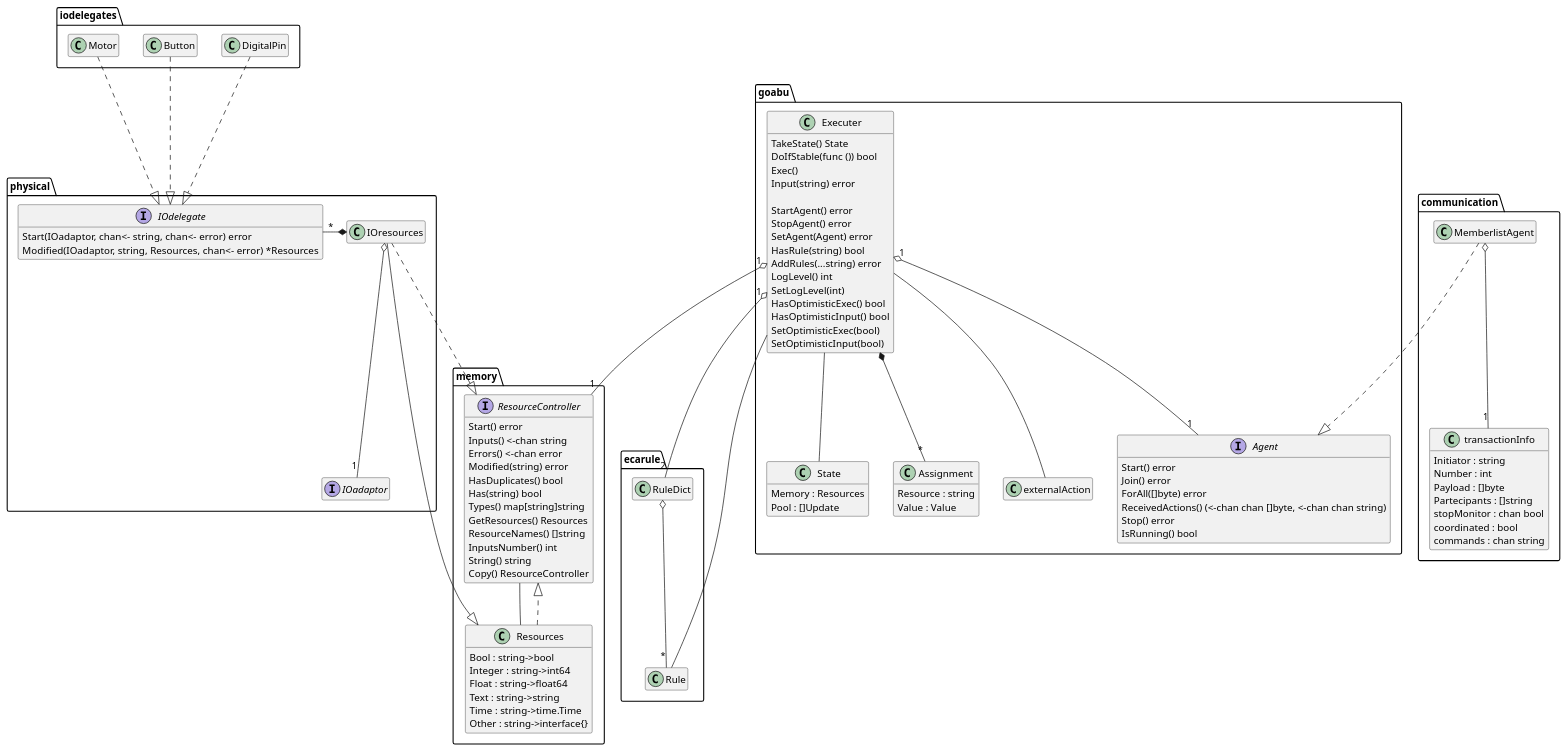
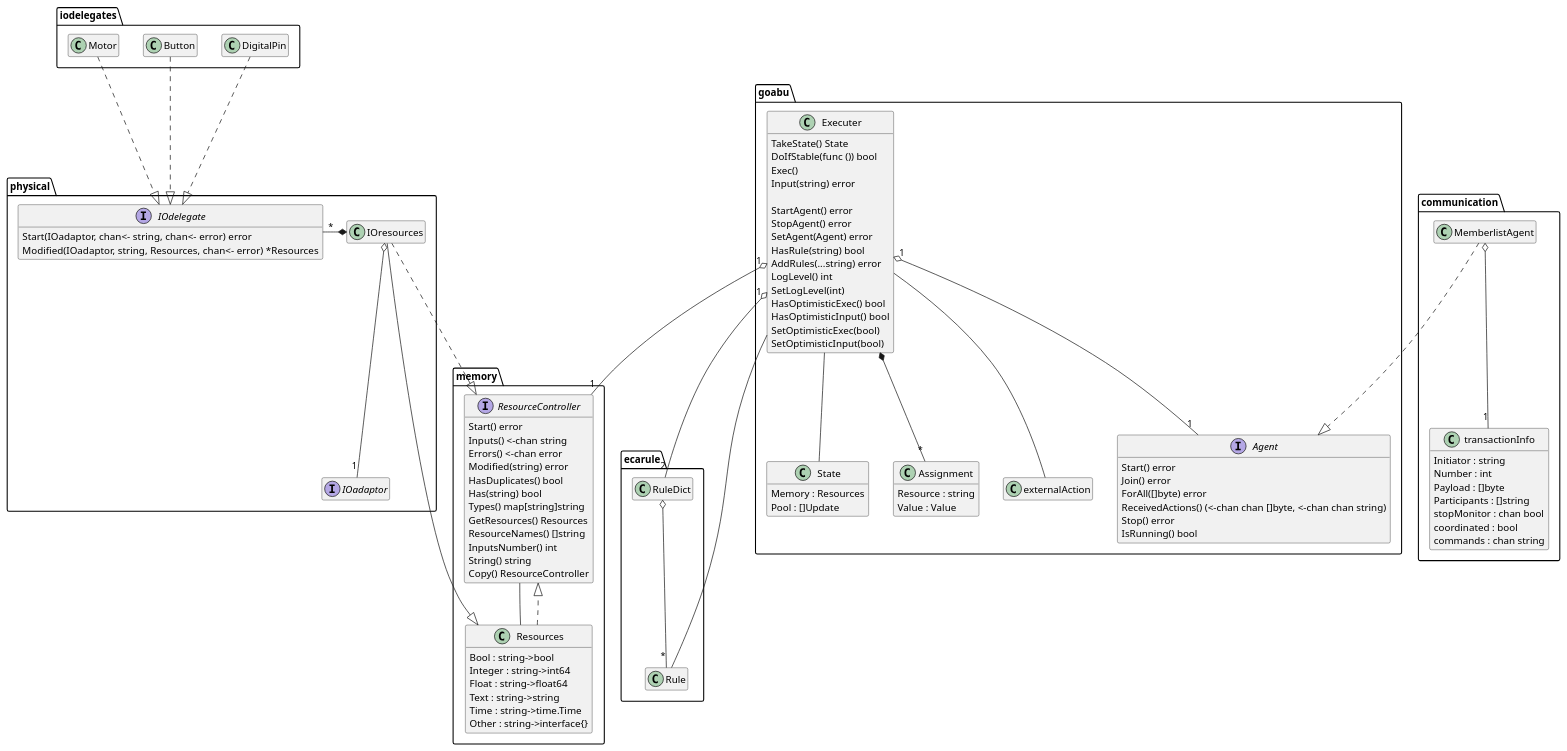
Before and after one commit to abu-lang/goabu: the diagram in docs/class_diagram.puml, drawn with PlantUML. The commit also changed 10 other files, not shown here.

```diff
--- a/docs/class_diagram.puml
+++ b/docs/class_diagram.puml
@@ -1,133 +1,133 @@
 @startuml
 hide empty members
 
 package iodelegates {
     class DigitalPin
     class Button
     class Motor
 }
 
 package physical {
     class IOresources {
         adaptor : IOadaptor
     }
     hide IOresources attributes
     interface IOadaptor
     interface IOdelegate {
         Start(IOadaptor, chan<- string, chan<- error) error
         Modified(IOadaptor, string, Resources, chan<- error) *Resources
     }
     IOresources o-- "1" IOadaptor
     IOdelegate "*" -* IOresources
 }
 
 package ecarule {
     class Rule
     class RuleDict
 }
 
 package memory {
     interface ResourceController {
         Start() error
 	    Inputs() <-chan string
         Errors() <-chan error
 	    Modified(string) error
 	    HasDuplicates() bool
 	    Has(string) bool
 	    Types() map[string]string
 	    GetResources() Resources
 	    ResourceNames() []string
 	    InputsNumber() int
 	    String() string
 	    Copy() ResourceController
     }
     class Resources {
         Bool : string->bool
 	    Integer : string->int64
 	    Float : string->float64
 	    Text : string->string
 	    Time : string->time.Time
 	    Other : string->interface{}
     }
     RuleDict o-- "*" Rule
     Resources ..|> ResourceController
     ResourceController -- Resources
 }
 
 package goabu {
     class State {
         Memory : Resources
 	    Pool : []Update
     }
     class Executer {
         memory : ResourceController
         pool : []Update
         agent : Agent
         localLibrary : string->RuleDict
         globalLibrary : string->RuleDict
 
         TakeState() State
         DoIfStable(func ()) bool
         Exec()
         Input(string) error
 
         StartAgent() error
         StopAgent() error
         SetAgent(Agent) error
         HasRule(string) bool
         AddRules(...string) error
         LogLevel() int
         SetLogLevel(int)
         HasOptimisticExec() bool
         HasOptimisticInput() bool
         SetOptimisticExec(bool)
         SetOptimisticInput(bool)
     }
     hide Executer attributes
     interface Agent {
         Start() error
 	    Join() error
 	    ForAll([]byte) error
 	    ReceivedActions() (<-chan chan []byte, <-chan chan string)
 	    Stop() error
 	    IsRunning() bool
     }
     class Assignment {
         Resource : string
         Value : Value
     }
     class externalAction
 
     Executer "1" o-- "1" Agent
     Executer *-- "*" Assignment
     Executer -- externalAction
     Executer -- State
 }
 
 package communication {
     class MemberlistAgent
     class transactionInfo {
 	    Initiator : string
 	    Number : int
 	    Payload : []byte
-	    Partecipants : []string
+	    Participants : []string
 	    stopMonitor : chan bool
 	    coordinated : bool
 	    commands : chan string
     }
     MemberlistAgent o-- "1" transactionInfo
 }
 
 DigitalPin ..|> IOdelegate
 Button ..|> IOdelegate
 Motor ..|> IOdelegate
 
 IOresources ..|> ResourceController
 IOresources --|> Resources
 
 Executer "1" o-- "1" ResourceController
 Executer "1" o-- "2" RuleDict
 Executer -- Rule
 
 MemberlistAgent ..|> Agent
 @enduml
```
